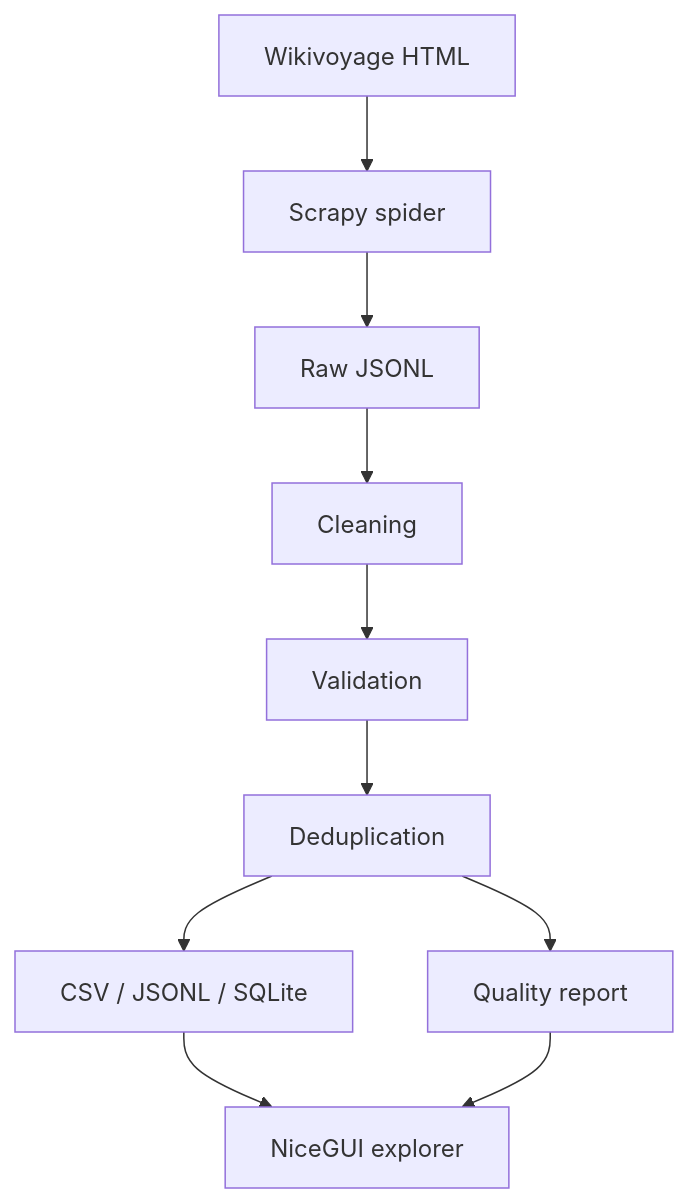
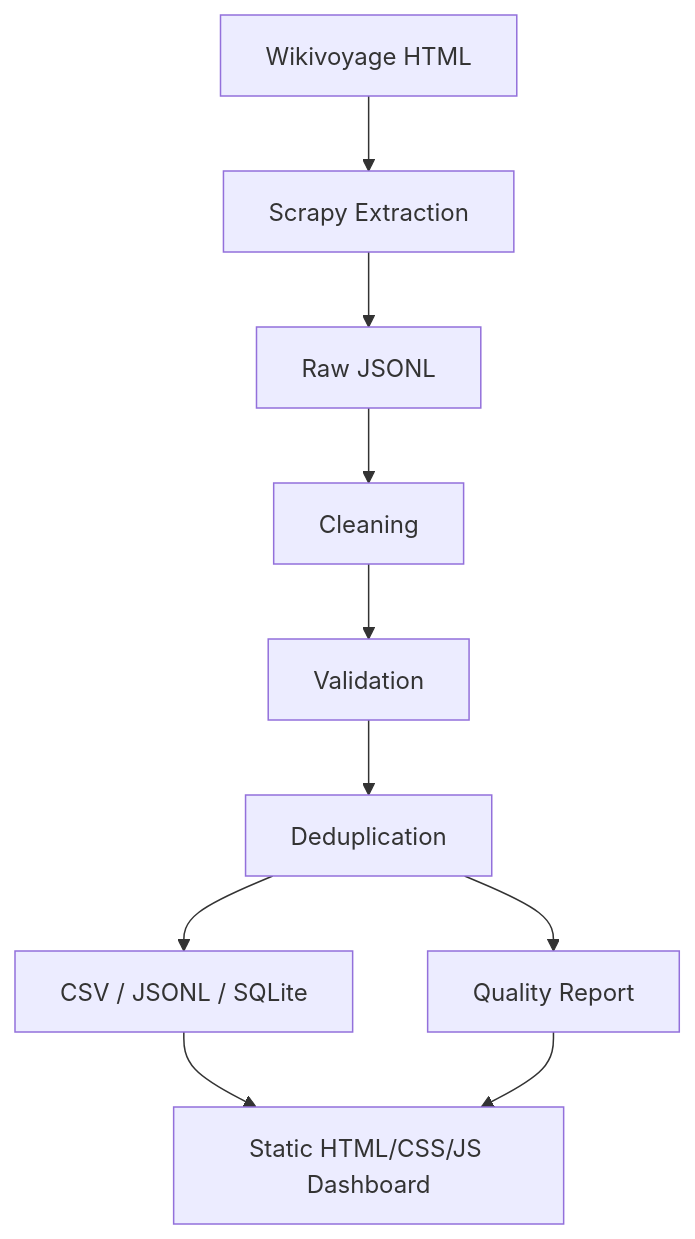
Before and after one commit to ayoub-hanif-evrp/travel-data-scraper-etl: the diagram in README.md, drawn with Mermaid. The commit also changed other lines of this file and 34 other files, not shown here.

Commit message:
Replace NiceGUI with static data delivery dashboard

````diff
--- a/README.md
+++ b/README.md
@@ -9,12 +49,12 @@
 ```mermaid
 flowchart TD
-  WV[Wikivoyage HTML] --> Spider[Scrapy spider]
+  WV[Wikivoyage HTML] --> Spider[Scrapy Extraction]
   Spider --> Raw[Raw JSONL]
   Raw --> Clean[Cleaning]
   Clean --> Valid[Validation]
   Valid --> Dedup[Deduplication]
   Dedup --> Store[CSV / JSONL / SQLite]
-  Dedup --> Report[Quality report]
-  Store --> UI[NiceGUI explorer]
-  Report --> UI
+  Dedup --> Report[Quality Report]
+  Store --> Dash[Static HTML/CSS/JS Dashboard]
+  Report --> Dash
 ```
````
